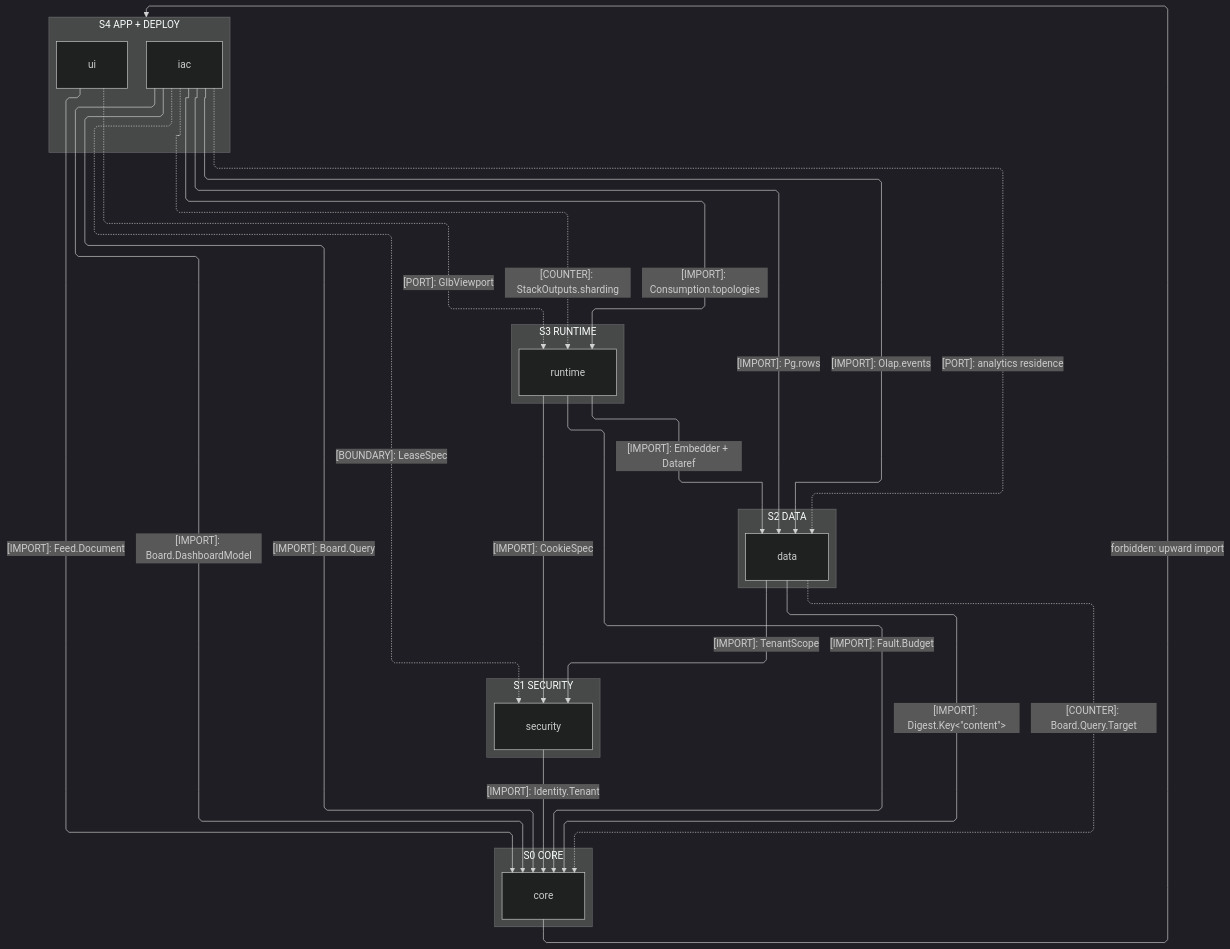
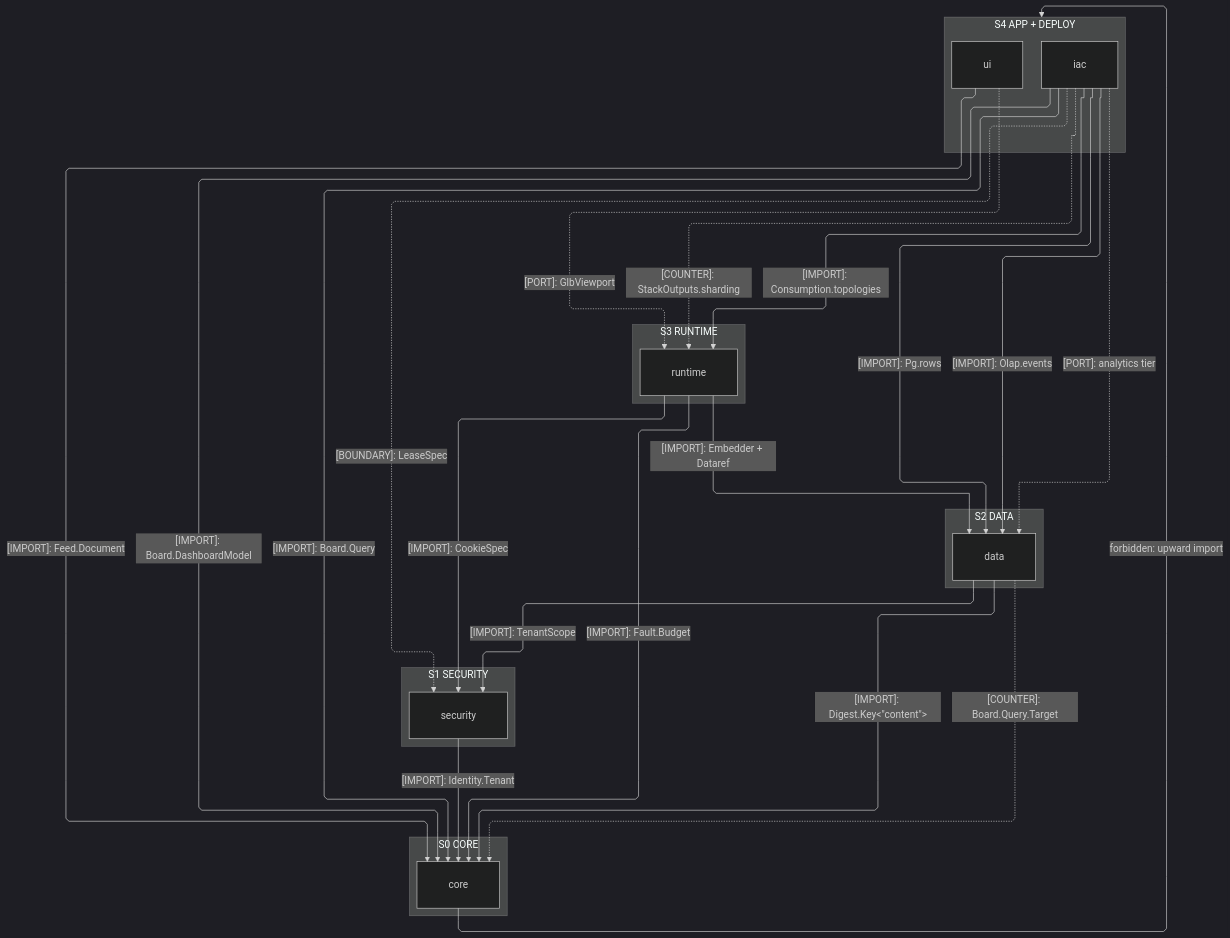
One commit to bsamiee/Rasm changed the first of 4 diagrams in libs/typescript/.planning/ARCHITECTURE.md. Above: the diagram before and after it, drawn with Mermaid (dark theme). The commit also changed other lines of this file and 1997 other files, not shown here.

````diff
--- a/libs/typescript/.planning/ARCHITECTURE.md
+++ b/libs/typescript/.planning/ARCHITECTURE.md
@@ -29,46 +29,46 @@
 ```mermaid
 ---
 config:
   layout: elk
   flowchart:
     curve: linear
     padding: 25
 ---
 flowchart TB
     accTitle: TypeScript branch import strata
     accDescr: Import strata toward the core floor; dashed edges carry ports and counter-edge values rather than imports.
     subgraph S4["S4 APP + DEPLOY"]
         Ui[ui]
         Iac[iac]
     end
     subgraph S3["S3 RUNTIME"]
         Runtime[runtime]
     end
     subgraph S2["S2 DATA"]
         Data[data]
     end
     subgraph S1["S1 SECURITY"]
         Security[security]
     end
     subgraph S0["S0 CORE"]
         Core[core]
     end
     Ui e1@-->|"[IMPORT]: Feed.Document"| Core
     Ui e2@-.->|"[PORT]: GlbViewport"| Runtime
     Iac e3@-->|"[IMPORT]: Board.DashboardModel"| Core
     Iac e4@-->|"[IMPORT]: Board.Query"| Core
     Iac e5@-->|"[IMPORT]: Pg.rows"| Data
     Iac e17@-->|"[IMPORT]: Olap.events"| Data
     Iac e6@-->|"[IMPORT]: Consumption.topologies"| Runtime
     Iac e7@-.->|"[BOUNDARY]: LeaseSpec"| Security
     Iac e8@-.->|"[COUNTER]: StackOutputs.sharding"| Runtime
-    Iac e9@-.->|"[PORT]: analytics residence"| Data
+    Iac e9@-.->|"[PORT]: analytics tier"| Data
     Runtime e10@-->|"[IMPORT]: Fault.Budget"| Core
     Runtime e11@-->|"[IMPORT]: CookieSpec"| Security
     Runtime e12@-->|"[IMPORT]: Embedder + Dataref"| Data
     Data e13@-->|"[IMPORT]: Digest.Key&lt;&quot;content&quot;&gt;"| Core
     Data e14@-->|"[IMPORT]: TenantScope"| Security
     Data e15@-.->|"[COUNTER]: Board.Query.Target"| Core
     Security e16@-->|"[IMPORT]: Identity.Tenant"| Core
     Core f1@-->|"forbidden: upward import"| S4
 ```
````
